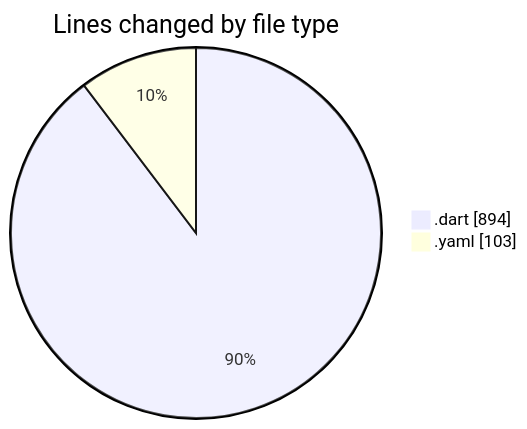
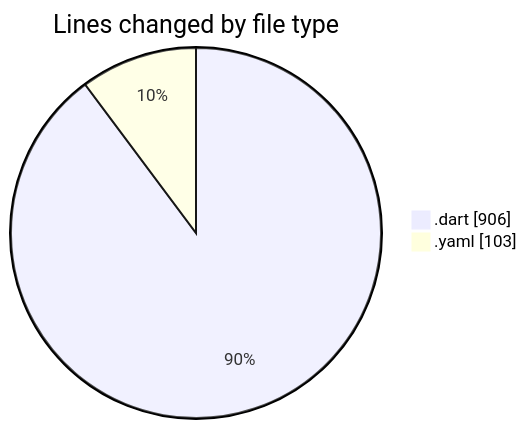
Before and after one commit to donsfak/code-tracking: the first of 2 diagrams in 2025-02-25/trackers_app/README.md, drawn with Mermaid. The commit also changed other lines of this file and 1 other file, not shown here.

````diff
--- a/2025-02-25/trackers_app/README.md
+++ b/2025-02-25/trackers_app/README.md
@@ -25,6 +25,6 @@
 ```mermaid
 pie showData
 title Lines changed by file type
-".dart" : 894
+".dart" : 906
 ".yaml" : 103
 ```
````
